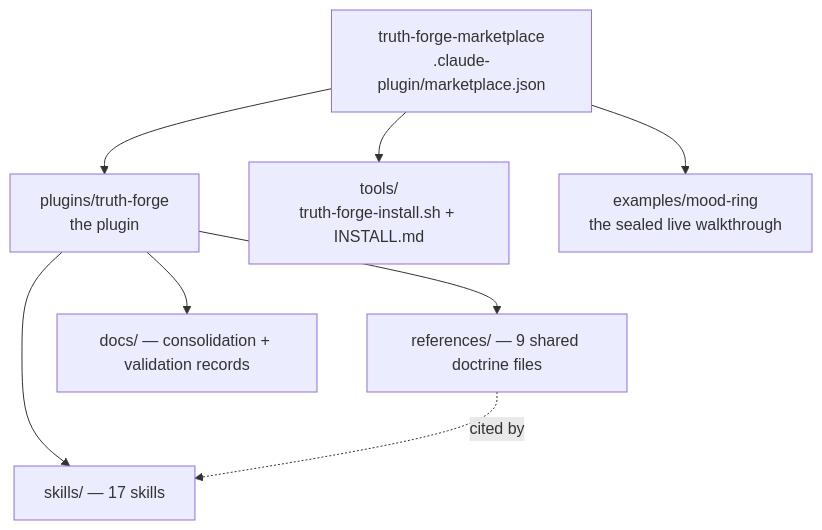
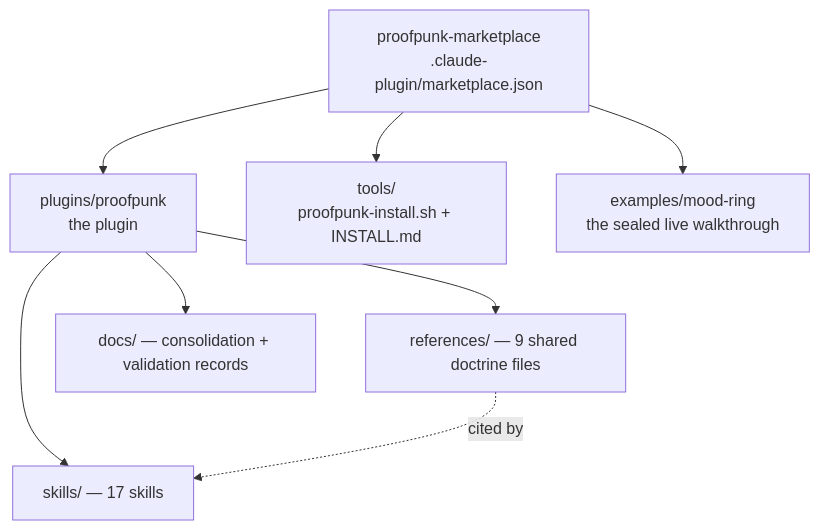
The first of 5 diagrams in README.md (krzemienski/proofpunk), drawn with Mermaid before and after one commit. The commit also changed other lines of this file and 252 other files, not shown here.

First line of the commit message:
v1.8.0: rename truth-forge -> proofpunk

````diff
--- a/README.md
+++ b/README.md
@@ -449,11 +449,11 @@
 ```mermaid
 graph TD
-    M["truth-forge-marketplace<br/>.claude-plugin/marketplace.json"]
-    M --> P["plugins/truth-forge<br/>the plugin"]
-    M --> T["tools/<br/>truth-forge-install.sh + INSTALL.md"]
+    M["proofpunk-marketplace<br/>.claude-plugin/marketplace.json"]
+    M --> P["plugins/proofpunk<br/>the plugin"]
+    M --> T["tools/<br/>proofpunk-install.sh + INSTALL.md"]
     M --> E["examples/mood-ring<br/>the sealed live walkthrough"]
     P --> S["skills/ — 17 skills"]
     P --> R["references/ — 9 shared doctrine files"]
     P --> D["docs/ — consolidation + validation records"]
     R -.->|cited by| S
 ```
````
